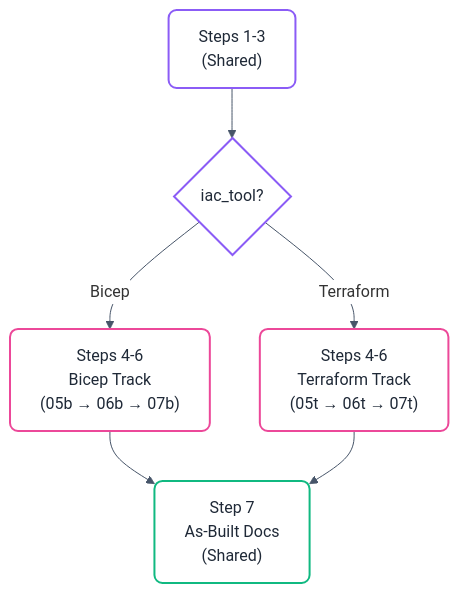
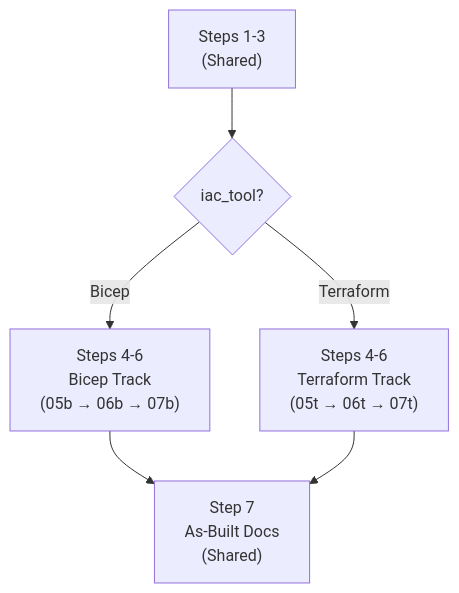
The second of 2 diagrams in site/src/content/docs/concepts/how-it-works/architecture.md (jonathan-vella/apex), drawn with Mermaid before and after one commit. The commit also changed other lines of this file and 7 other files, not shown here.

First line of the commit message:
fix(docs): strip hardcoded mermaid theme overrides from 8 content files

````diff
--- a/site/src/content/docs/concepts/how-it-works/architecture.md
+++ b/site/src/content/docs/concepts/how-it-works/architecture.md
@@ -125,35 +107,17 @@
 ```mermaid
-%%{
-  init: {
-    'theme': 'base',
-    'themeVariables': {
-      'primaryColor': '#ffffff',
-      'primaryTextColor': '#333333',
-      'primaryBorderColor': '#8b5cf6',
-      'lineColor': '#475569',
-      'fontFamily': 'ui-sans-serif, system-ui, -apple-system, sans-serif'
-    },
-    'flowchart': {
-      'curve': 'basis',
-      'nodeSpacing': 50,
-      'rankSpacing': 50
-    }
-  }
-}%%
 flowchart TD
-    classDef default fill:#ffffff,stroke:#8b5cf6,stroke-width:2px,color:#1f2937,rx:8px,ry:8px;
-    classDef track fill:#ffffff,stroke:#ec4899,stroke-width:2px,color:#1f2937,rx:8px,ry:8px;
-    classDef endNode fill:#ffffff,stroke:#10b981,stroke-width:2px,color:#1f2937,rx:8px,ry:8px;
+
+
 
     Shared["Steps 1-3\n(Shared)"]
     Decision{"iac_tool?"}
     Bicep["Steps 4-6\nBicep Track\n(05b → 06b → 07b)"]:::track
     Terraform["Steps 4-6\nTerraform Track\n(05t → 06t → 07t)"]:::track
     AsBuilt["Step 7\nAs-Built Docs\n(Shared)"]:::endNode
 
     Shared --> Decision
     Decision -->|Bicep| Bicep
     Decision -->|Terraform| Terraform
     Bicep --> AsBuilt
     Terraform --> AsBuilt
 ```
````
